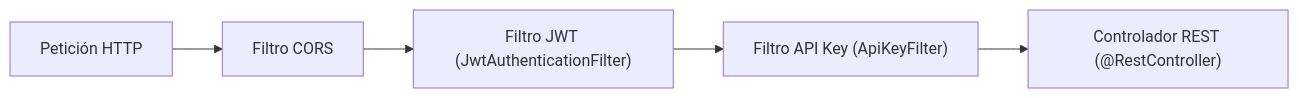
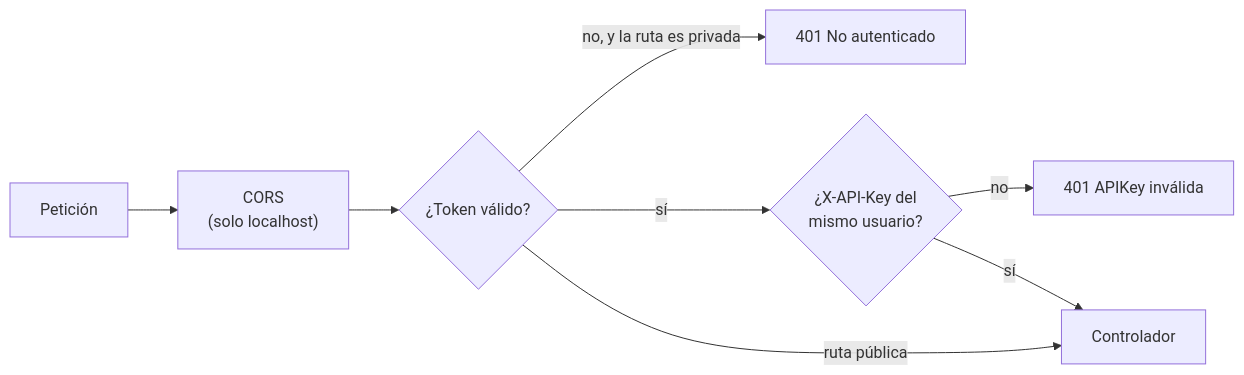
Before and after one commit to XNico619X/vehiculos-documentos-api: the third of 4 diagrams in docs/DOCUMENTACION_API.md, drawn with Mermaid. The commit also changed other lines of this file and 1 other file, not shown here.

First line of the commit message:
docs: documentacion completa de la API con ejemplo para cada endpoint

````diff
--- a/docs/DOCUMENTACION_API.md
+++ b/docs/DOCUMENTACION_API.md
@@ -24,7 +156,10 @@
 ```mermaid
 flowchart LR
-    Req["Petición HTTP"] --> F1["Filtro CORS"]
-    F1 --> F2["Filtro JWT (JwtAuthenticationFilter)"]
-    F2 --> F3["Filtro API Key (ApiKeyFilter)"]
-    F3 --> Ctrl["Controlador REST (@RestController)"]
+    P["Petición"] --> CORS["CORS<br/>(solo localhost)"]
+    CORS --> JWT{"¿Token válido?"}
+    JWT -- "no, y la ruta es privada" --> E401a["401 No autenticado"]
+    JWT -- sí --> KEY{"¿X-API-Key del<br/>mismo usuario?"}
+    KEY -- no --> E401b["401 APIKey inválida"]
+    KEY -- sí --> OK["Controlador"]
+    JWT -- "ruta pública" --> OK
 ```
````
